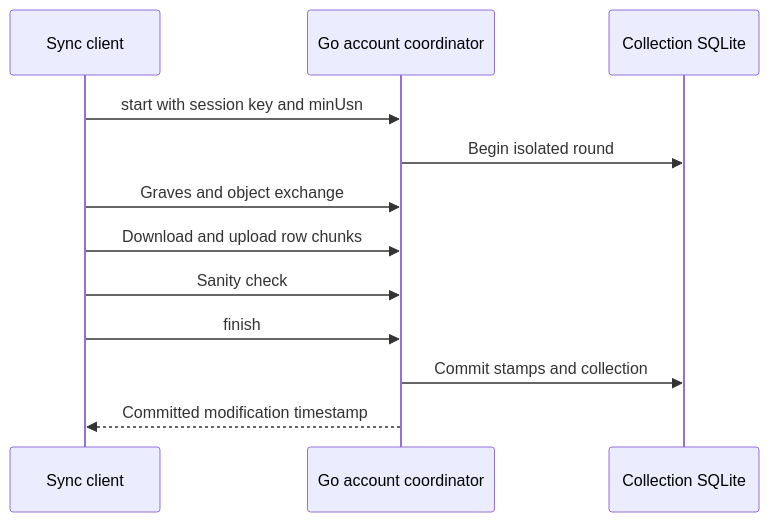
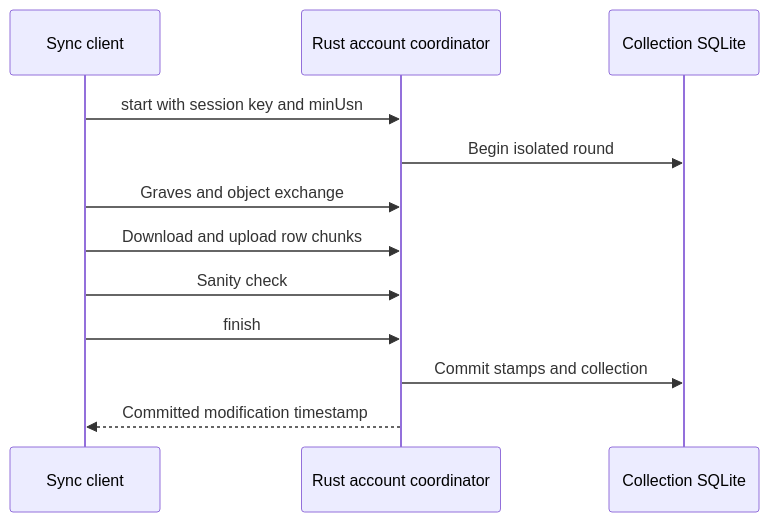
One commit to antoinefink/meguri changed the fourth of 8 diagrams in docs/plans/2026-11-15-1028-feat-meguri-sync-server-plan.md. Above: the diagram before and after it, drawn with Mermaid. The commit also changed other lines of this file and 1 other file, not shown here.

First line of the commit message:
Choose Rust and bound dependencies for Meguri Sync

````diff
--- a/docs/plans/2026-11-15-1028-feat-meguri-sync-server-plan.md
+++ b/docs/plans/2026-11-15-1028-feat-meguri-sync-server-plan.md
@@ -285,14 +290,14 @@
 ```mermaid
 sequenceDiagram
     participant C as Sync client
-    participant G as Go account coordinator
+    participant G as Rust account coordinator
     participant D as Collection SQLite
     C->>G: start with session key and minUsn
     G->>D: Begin isolated round
     C->>G: Graves and object exchange
     C->>G: Download and upload row chunks
     C->>G: Sanity check
     C->>G: finish
     G->>D: Commit stamps and collection
     G-->>C: Committed modification timestamp
 ```
````
